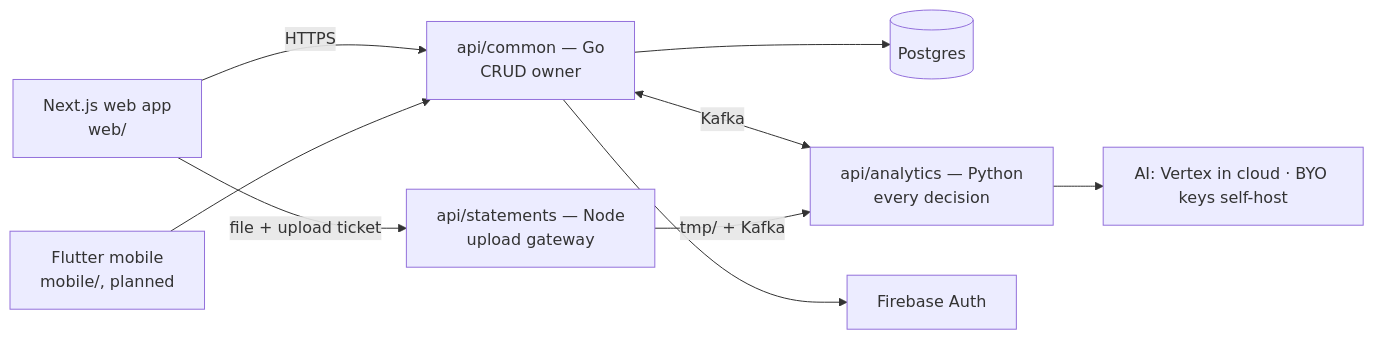
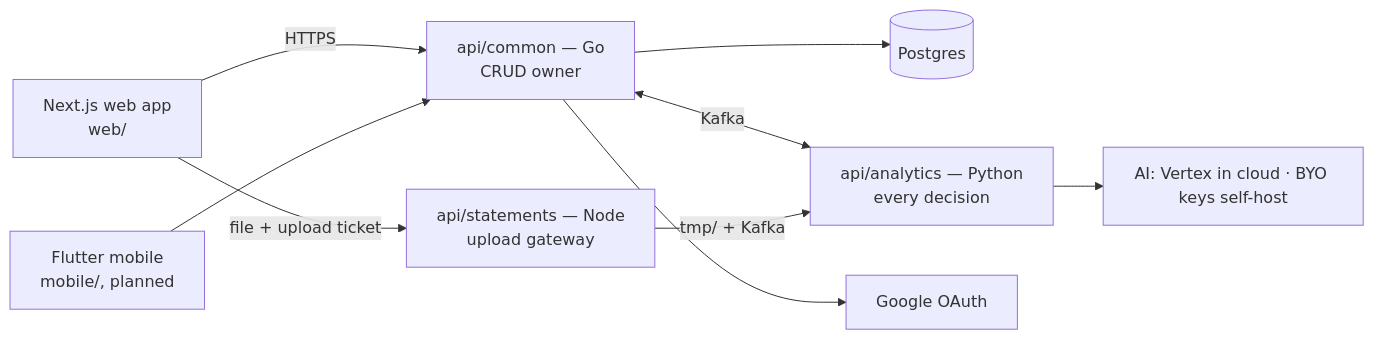
The diagram in README.md (cuesoftinc/expendit), drawn with Mermaid before and after one commit. The commit also changed other lines of this file and 70 other files, not shown here.

First line of the commit message:
feat: sign in with Google through the API handoff flow (#357)

````diff
--- a/README.md
+++ b/README.md
@@ -22,11 +22,11 @@
 ```mermaid
 flowchart LR
     WEB[Next.js web app<br/>web/] -->|HTTPS| COM[api/common — Go<br/>CRUD owner]
     WEB -->|file + upload ticket| ST[api/statements — Node<br/>upload gateway]
     MOB[Flutter mobile<br/>mobile/, planned] --> COM
     COM --> PG[(Postgres)]
     COM <-->|Kafka| AN[api/analytics — Python<br/>every decision]
     ST -->|tmp/ + Kafka| AN
     AN --> AI[AI: Vertex in cloud · BYO keys self-host]
-    COM --> FB[Firebase Auth]
+    COM --> GG[Google OAuth]
 ```
````
